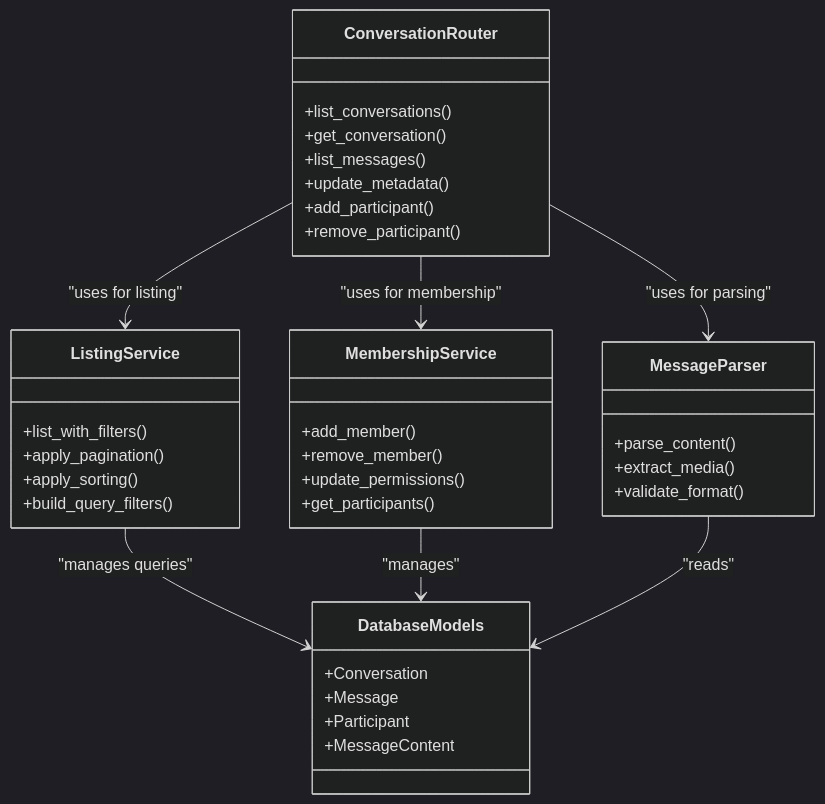
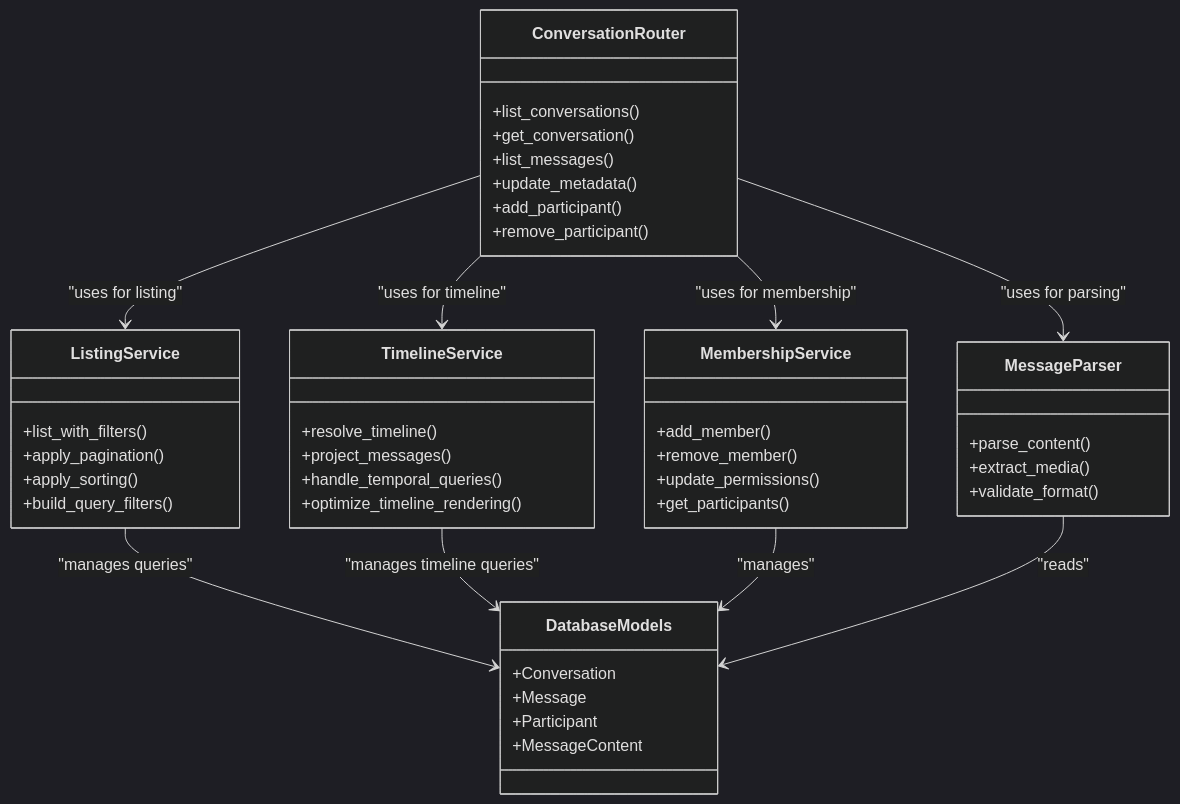
The third of 3 diagrams in .qoder/repowiki/en/content/API Reference/Conversations API.md (zuohaisu/wecom-archive), drawn with Mermaid (dark theme) before and after one commit. The commit also changed other lines of this file and 109 other files, not shown here.

Commit message:
RND-221 提取统一 Media Access Service 与 Router

````diff
--- a/.qoder/repowiki/en/content/API Reference/Conversations API.md
+++ b/.qoder/repowiki/en/content/API Reference/Conversations API.md
@@ -282,40 +295,48 @@
 ```mermaid
 classDiagram
 class ConversationRouter {
 +list_conversations()
 +get_conversation()
 +list_messages()
 +update_metadata()
 +add_participant()
 +remove_participant()
 }
 class ListingService {
 +list_with_filters()
 +apply_pagination()
 +apply_sorting()
 +build_query_filters()
+}
+class TimelineService {
++resolve_timeline()
++project_messages()
++handle_temporal_queries()
++optimize_timeline_rendering()
 }
 class MembershipService {
 +add_member()
 +remove_member()
 +update_permissions()
 +get_participants()
 }
 class MessageParser {
 +parse_content()
 +extract_media()
 +validate_format()
 }
 class DatabaseModels {
 +Conversation
 +Message
 +Participant
 +MessageContent
 }
 ConversationRouter --> ListingService : "uses for listing"
+ConversationRouter --> TimelineService : "uses for timeline"
 ConversationRouter --> MembershipService : "uses for membership"
 ConversationRouter --> MessageParser : "uses for parsing"
 ListingService --> DatabaseModels : "manages queries"
+TimelineService --> DatabaseModels : "manages timeline queries"
 MembershipService --> DatabaseModels : "manages"
 MessageParser --> DatabaseModels : "reads"
 ```
````
